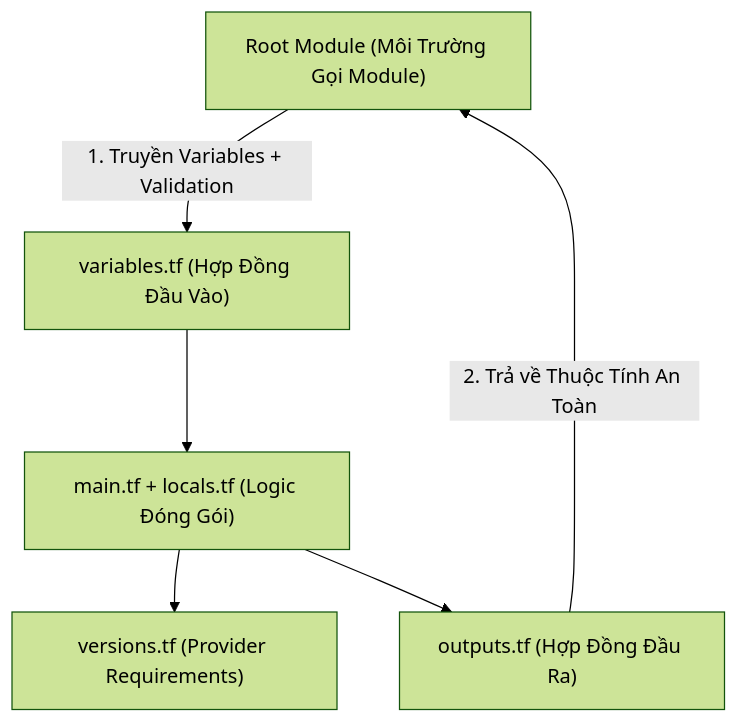
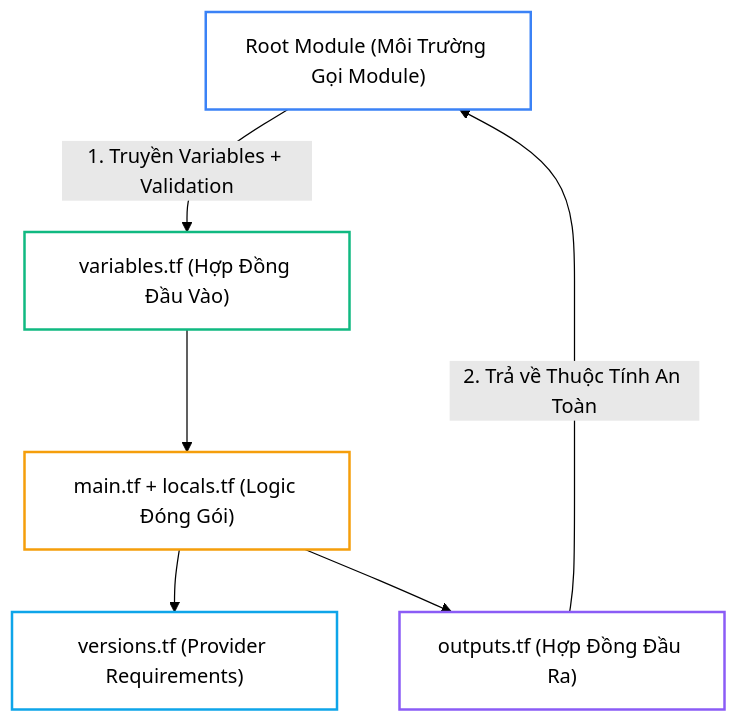
One commit to kiennt308/ntk changed the first of 2 diagrams in _posts/2026-09-13-terraform-10-10-thiet-ke-module-chuan-enterprise-dong-goi-tai-su-dung-va-bien-so-hoa.md. Above: the diagram before and after it, drawn with Mermaid (forest theme). The commit also changed other lines of this file and 26 other files, not shown here.

Commit message:
style(terraform): standardize presentation, complete titles & summaries, tailor tldr, and optimize lab tables & mermaid across Bài 05 to Bài 31

````diff
--- a/_posts/2026-09-13-terraform-10-10-thiet-ke-module-chuan-enterprise-dong-goi-tai-su-dung-va-bien-so-hoa.md
+++ b/_posts/2026-09-13-terraform-10-10-thiet-ke-module-chuan-enterprise-dong-goi-tai-su-dung-va-bien-so-hoa.md
@@ -55,10 +55,14 @@
 ```mermaid
 graph TD
     Consumer["Root Module (Môi Trường Gọi Module)"] -->|"1. Truyền Variables + Validation"| Inputs["variables.tf (Hợp Đồng Đầu Vào)"]
     Inputs --> Logic["main.tf + locals.tf (Logic Đóng Gói)"]
     Logic --> ProviderReq["versions.tf (Provider Requirements)"]
     Logic --> Outputs["outputs.tf (Hợp Đồng Đầu Ra)"]
     Outputs -->|"2. Trả về Thuộc Tính An Toàn"| Consumer
 
-
+    style Consumer fill:none,stroke:#3b82f6,stroke-width:2px
+    style ProviderReq fill:none,stroke:#0ea5e9,stroke-width:2px
+    style Inputs fill:none,stroke:#10b981,stroke-width:2px
+    style Logic fill:none,stroke:#f59e0b,stroke-width:2px
+    style Outputs fill:none,stroke:#8b5cf6,stroke-width:2px
 ```
````
